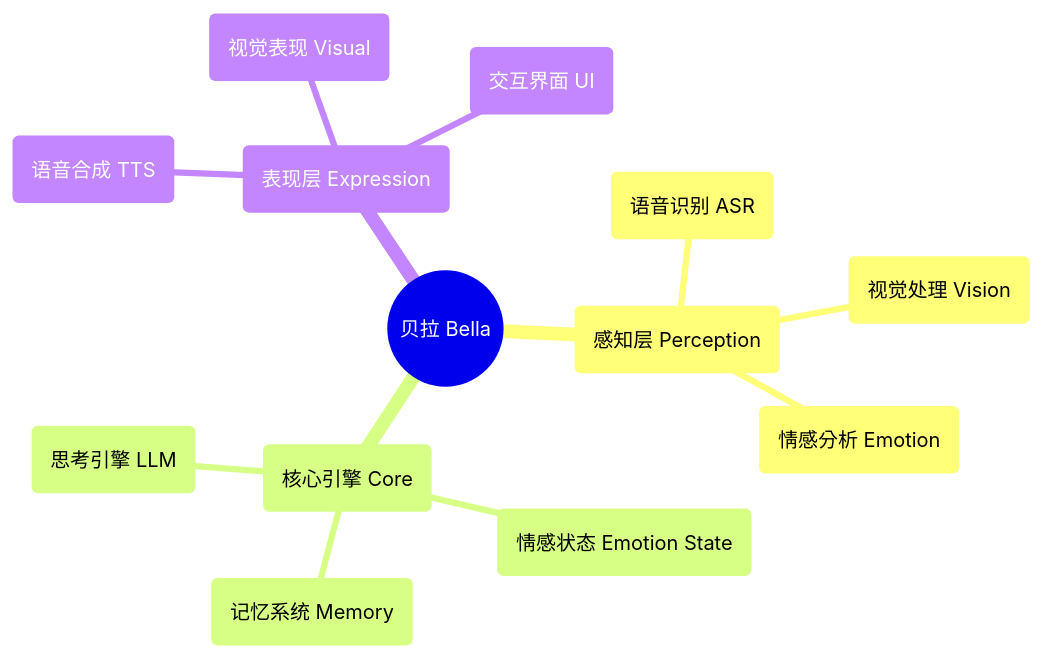
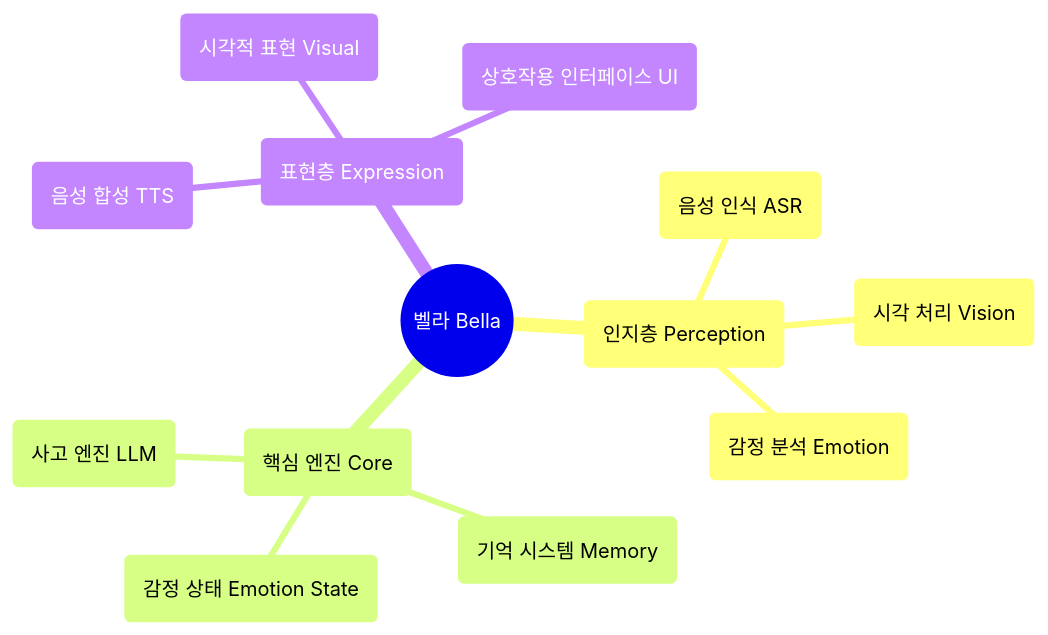
Before and after one commit to zaruous/Bella: the diagram in README.md, drawn with Mermaid. The commit also changed other lines of this file, not shown here.

````diff
--- a/README.md
+++ b/README.md
@@ -87,16 +81,16 @@
 ```mermaid
 mindmap
-  root((贝拉 Bella))
-    (感知层 Perception)
-      (语音识别 ASR)
-      (视觉处理 Vision)
-      (情感分析 Emotion)
-    (核心引擎 Core)
-      (思考引擎 LLM)
-      (记忆系统 Memory)
-      (情感状态 Emotion State)
-    (表现层 Expression)
-      (语音合成 TTS)
-      (视觉表现 Visual)
-      (交互界面 UI)
+  root((벨라 Bella))
+    (인지층 Perception)
+      (음성 인식 ASR)
+      (시각 처리 Vision)
+      (감정 분석 Emotion)
+    (핵심 엔진 Core)
+      (사고 엔진 LLM)
+      (기억 시스템 Memory)
+      (감정 상태 Emotion State)
+    (표현층 Expression)
+      (음성 합성 TTS)
+      (시각적 표현 Visual)
+      (상호작용 인터페이스 UI)
 ```
````
